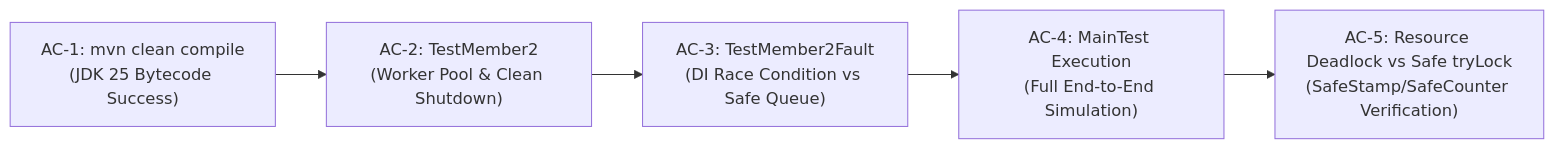
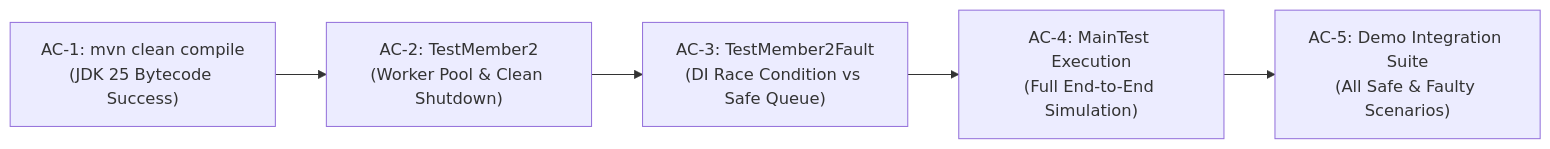
The tenth of 10 diagrams in reqs/reqs.md (SovietskySoldatie/FacultyProject-CEBP), drawn with Mermaid before and after one commit. The commit also changed other lines of this file and 2 other files, not shown here.

First line of the commit message:
Demo_prep

````diff
--- a/reqs/reqs.md
+++ b/reqs/reqs.md
@@ -449,7 +500,7 @@
 ```mermaid
 flowchart LR
     AC1["AC-1: mvn clean compile\n(JDK 25 Bytecode Success)"] --> AC2["AC-2: TestMember2\n(Worker Pool & Clean Shutdown)"]
     AC2 --> AC3["AC-3: TestMember2Fault\n(DI Race Condition vs Safe Queue)"]
     AC3 --> AC4["AC-4: MainTest Execution\n(Full End-to-End Simulation)"]
-    AC4 --> AC5["AC-5: Resource Deadlock vs Safe tryLock\n(SafeStamp/SafeCounter Verification)"]
+    AC4 --> AC5["AC-5: Demo Integration Suite\n(All Safe & Faulty Scenarios)"]
 ```
````
